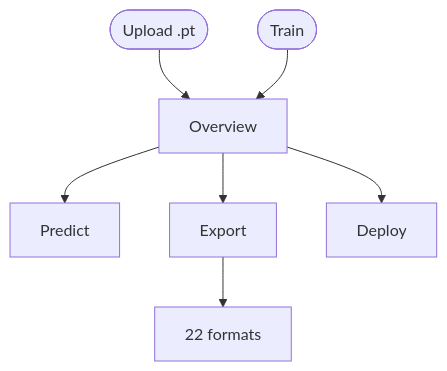
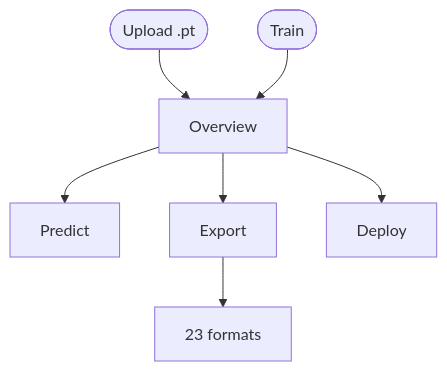
Before and after one commit to ultralytics/ultralytics: the first of 2 diagrams in docs/en/platform/train/models.md, drawn with Mermaid. The commit also changed other lines of this file and 21 other files, not shown here.

````diff
--- a/docs/en/platform/train/models.md
+++ b/docs/en/platform/train/models.md
@@ -58,9 +58,9 @@
 ```mermaid
 flowchart TD
     A([Upload .pt]) --> C[Overview]
     B([Train]) --> C
     C --> D[Predict]
     C --> E[Export]
     C --> F[Deploy]
-    E --> G[22 formats]
+    E --> G[23 formats]
 ```
````
